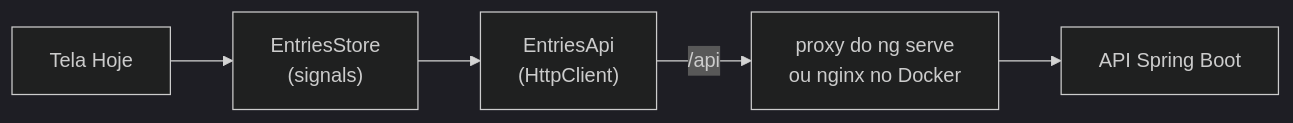
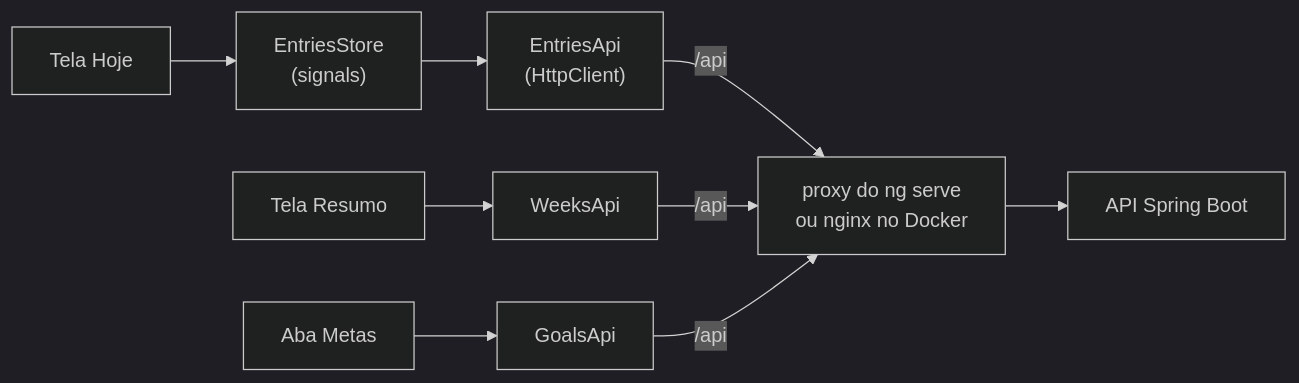
Before and after one commit to GabrieliModollo/mydly: the sixth of 6 diagrams in docs/arquitetura.md, drawn with Mermaid (dark theme). The commit also changed other lines of this file and 7 other files, not shown here.

````diff
--- a/docs/arquitetura.md
+++ b/docs/arquitetura.md
@@ -190,7 +237,11 @@
 ```mermaid
 flowchart LR
     Page["Tela Hoje"] --> Store["EntriesStore<br/>(signals)"]
     Store --> Api["EntriesApi<br/>(HttpClient)"]
+    Summary["Tela Resumo"] --> Weeks["WeeksApi"]
+    Goals["Aba Metas"] --> GoalsApi["GoalsApi"]
     Api -->|"/api"| Proxy["proxy do ng serve<br/>ou nginx no Docker"]
+    Weeks -->|"/api"| Proxy
+    GoalsApi -->|"/api"| Proxy
     Proxy --> Backend["API Spring Boot"]
 ```
````
